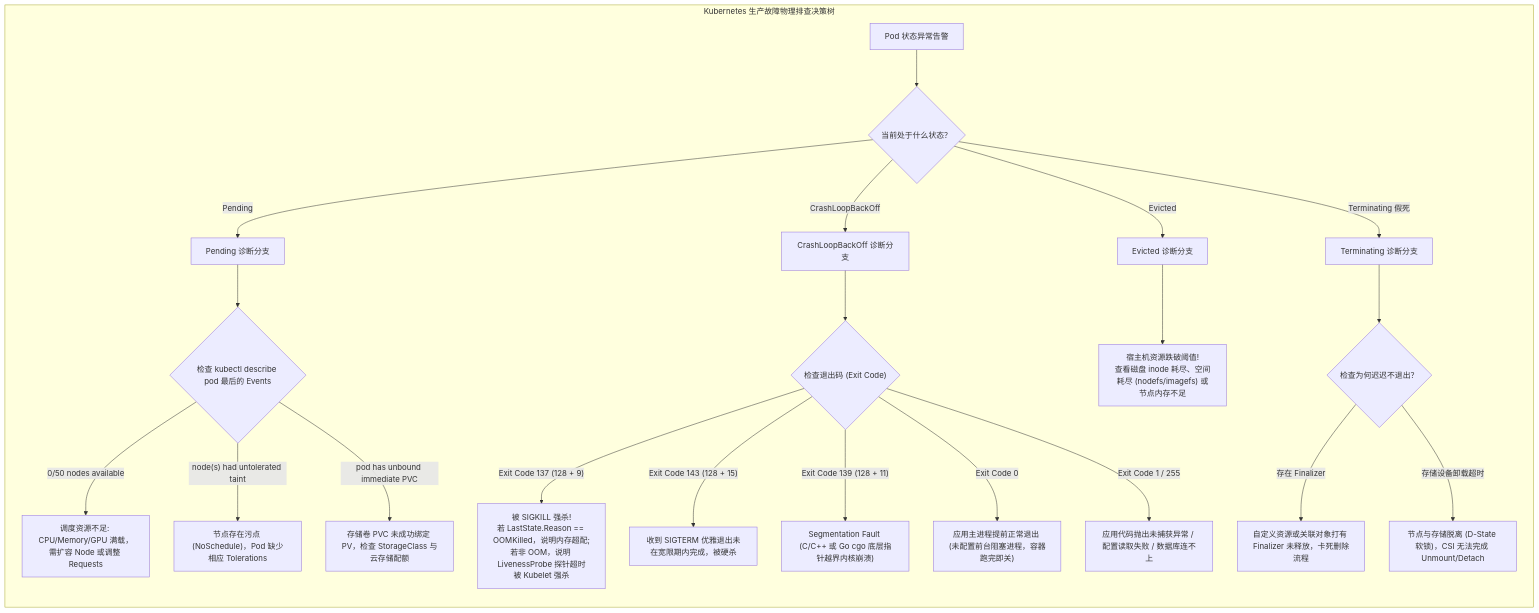
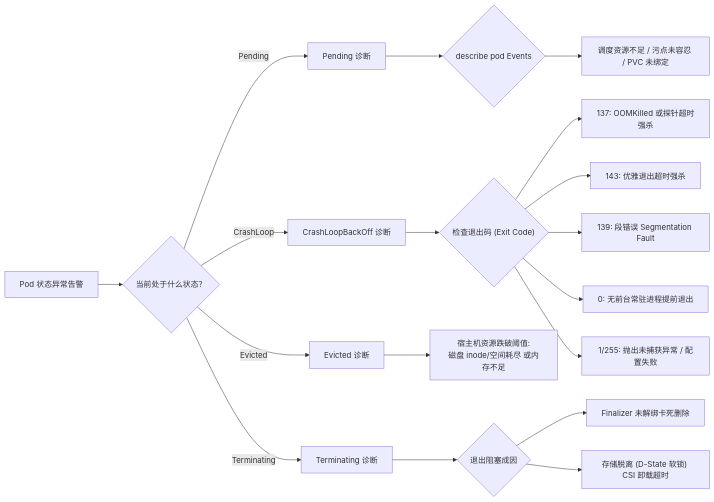
One commit to MoreConsequence/MoreConsequence.github.io changed the fifth of 7 diagrams in content/posts/kubernetes-internals/k8s-10-production-ha-cluster-graceful-shutdown-troubleshooting.md. Above: the diagram before and after it, drawn with Mermaid. The commit also changed other lines of this file and 835 other files, not shown here.

First line of the commit message:
feat(blog): 全站33篇新增深度专栏与博文全量审核上线及矢量图表优化

````diff
--- a/content/posts/kubernetes-internals/k8s-10-production-ha-cluster-graceful-shutdown-troubleshooting.md
+++ b/content/posts/kubernetes-internals/k8s-10-production-ha-cluster-graceful-shutdown-troubleshooting.md
@@ -244,33 +242,25 @@
 ```mermaid
-flowchart TD
-    subgraph DiagnosisTree["Kubernetes 生产故障物理排查决策树"]
-        direction TB
-        Issue["Pod 状态异常告警"]
-        
-        Q1{"当前处于什么状态？"}
-        Issue --> Q1
+flowchart LR
+    Issue["Pod 状态异常告警"] --> Q1{"当前处于什么状态？"}
 
-        Q1 -- "Pending" --> BranchPending["Pending 诊断分支"]
-        Q1 -- "CrashLoopBackOff" --> BranchCrash["CrashLoopBackOff 诊断分支"]
-        Q1 -- "Evicted" --> BranchEvicted["Evicted 诊断分支"]
-        Q1 -- "Terminating 假死" --> BranchTerm["Terminating 诊断分支"]
+    Q1 -- "Pending" --> BranchPending["Pending 诊断"]
+    Q1 -- "CrashLoop" --> BranchCrash["CrashLoopBackOff 诊断"]
+    Q1 -- "Evicted" --> BranchEvicted["Evicted 诊断"]
+    Q1 -- "Terminating" --> BranchTerm["Terminating 诊断"]
 
-        BranchPending --> PCheck{"检查 kubectl describe pod 最后的 Events"}
-        PCheck -- "0/50 nodes available" --> P1["调度资源不足: CPU/Memory/GPU 满载，需扩容 Node 或调整 Requests"]
-        PCheck -- "node(s) had untolerated taint" --> P2["节点存在污点 (NoSchedule)，Pod 缺少相应 Tolerations"]
-        PCheck -- "pod has unbound immediate PVC" --> P3["存储卷 PVC 未成功绑定 PV，检查 StorageClass 与云存储配额"]
+    BranchPending --> PCheck{"describe pod Events"}
+    PCheck --> P1["调度资源不足 / 污点未容忍 / PVC 未绑定"]
 
-        BranchCrash --> CCheck{"检查退出码 (Exit Code)"}
-        CCheck -- "Exit Code 137 (128 + 9)" --> C1["被 SIGKILL 强杀!<br/>若 LastState.Reason == OOMKilled，说明内存超配;<br/>若非 OOM，说明 LivenessProbe 探针超时被 Kubelet 强杀"]
-        CCheck -- "Exit Code 143 (128 + 15)" --> C2["收到 SIGTERM 优雅退出未在宽限期内完成，被硬杀"]
-        CCheck -- "Exit Code 139 (128 + 11)" --> C3["Segmentation Fault (C/C++ 或 Go cgo 底层指针越界内核崩溃)"]
-        CCheck -- "Exit Code 0" --> C4["应用主进程提前正常退出 (未配置前台阻塞进程，容器跑完即关)"]
-        CCheck -- "Exit Code 1 / 255" --> C5["应用代码抛出未捕获异常 / 配置读取失败 / 数据库连不上"]
+    BranchCrash --> CCheck{"检查退出码 (Exit Code)"}
+    CCheck --> C1["137: OOMKilled 或探针超时强杀"]
+    CCheck --> C2["143: 优雅退出超时强杀"]
+    CCheck --> C3["139: 段错误 Segmentation Fault"]
+    CCheck --> C4["0: 无前台常驻进程提前退出"]
+    CCheck --> C5["1/255: 抛出未捕获异常 / 配置失败"]
 
-        BranchEvicted --> ECheck["宿主机资源跌破阈值!<br/>查看磁盘 inode 耗尽、空间耗尽 (nodefs/imagefs) 或节点内存不足"]
-        
-        BranchTerm --> TCheck{"检查为何迟迟不退出？"}
-        TCheck -- "存在 Finalizer" --> T1["自定义资源或关联对象打有 Finalizer 未释放，卡死删除流程"]
-        TCheck -- "存储设备卸载超时" --> T2["节点与存储脱离 (D-State 软锁)，CSI 无法完成 Unmount/Detach"]
-    end
+    BranchEvicted --> ECheck["宿主机资源跌破阈值:<br/>磁盘 inode/空间耗尽 或内存不足"]
+
+    BranchTerm --> TCheck{"退出阻塞成因"}
+    TCheck --> T1["Finalizer 未解绑卡死删除"]
+    TCheck --> T2["存储脱离 (D-State 软锁) CSI 卸载超时"]
 ```
````
